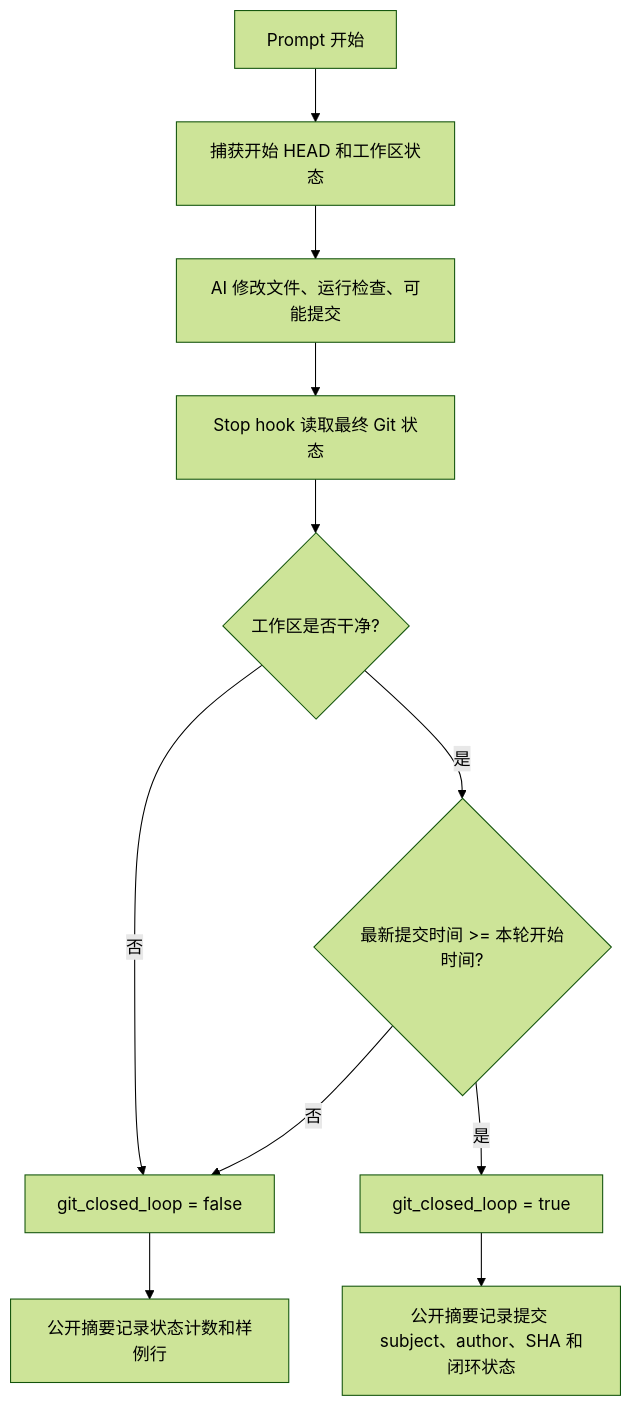
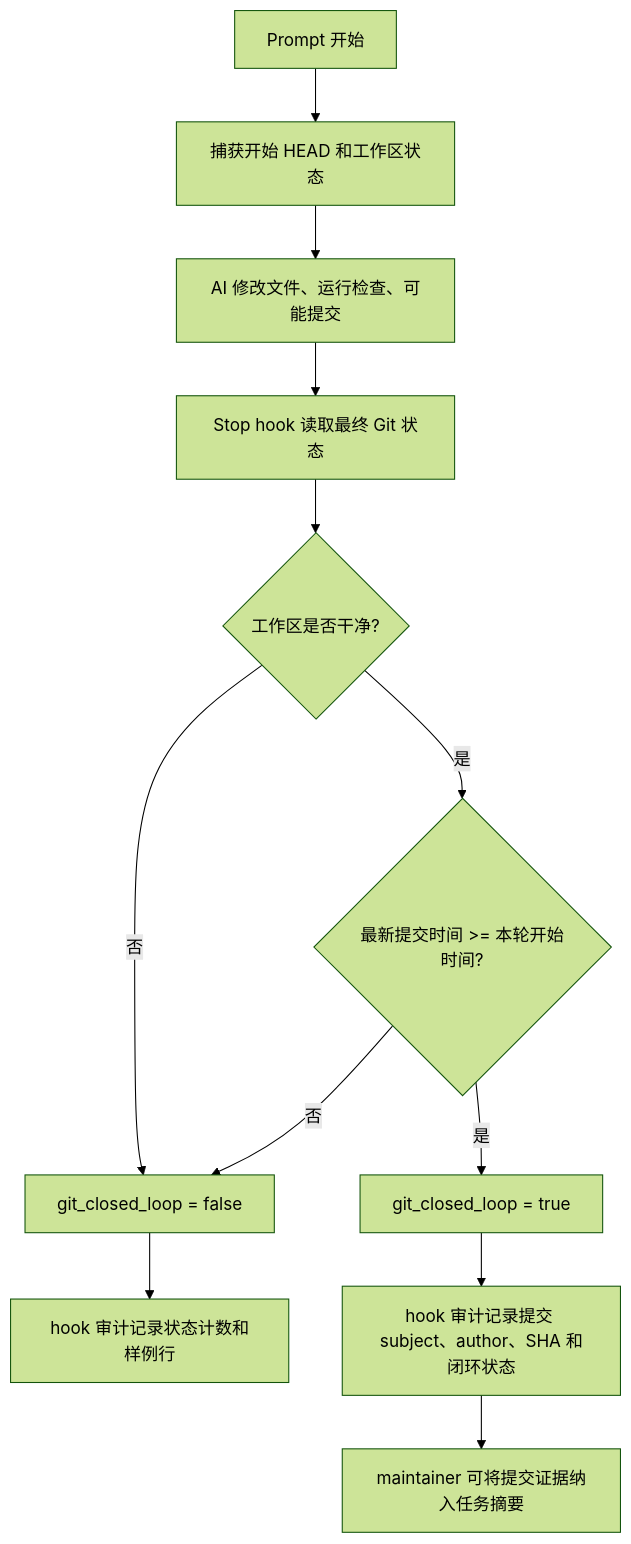
One commit to netlayer-team/agent-handoff-metrics-bootstrap changed the sixth of 6 diagrams in docs/design_zh.md. Above: the diagram before and after it, drawn with Mermaid (forest theme). The commit also changed other lines of this file and 6 other files, not shown here.

````diff
--- a/docs/design_zh.md
+++ b/docs/design_zh.md
@@ -201,13 +219,14 @@
 ```mermaid
 flowchart TD
   A["Prompt 开始"] --> B["捕获开始 HEAD 和工作区状态"]
   B --> C["AI 修改文件、运行检查、可能提交"]
   C --> D["Stop hook 读取最终 Git 状态"]
   D --> E{"工作区是否干净?"}
   E -- 否 --> F["git_closed_loop = false"]
   E -- 是 --> G{"最新提交时间 >= 本轮开始时间?"}
   G -- 否 --> F
   G -- 是 --> H["git_closed_loop = true"]
-  H --> I["公开摘要记录提交 subject、author、SHA 和闭环状态"]
-  F --> J["公开摘要记录状态计数和样例行"]
+  H --> I["hook 审计记录提交 subject、author、SHA 和闭环状态"]
+  F --> J["hook 审计记录状态计数和样例行"]
+  I --> K["maintainer 可将提交证据纳入任务摘要"]
 ```
````
